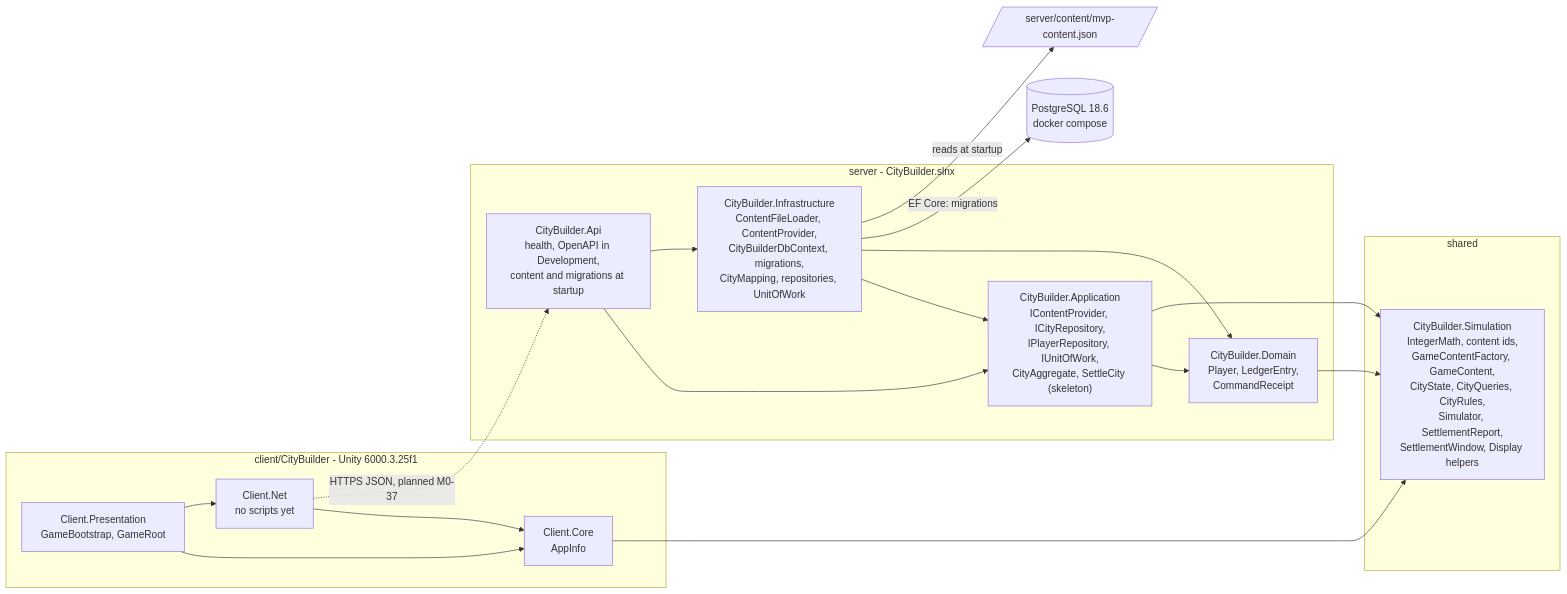
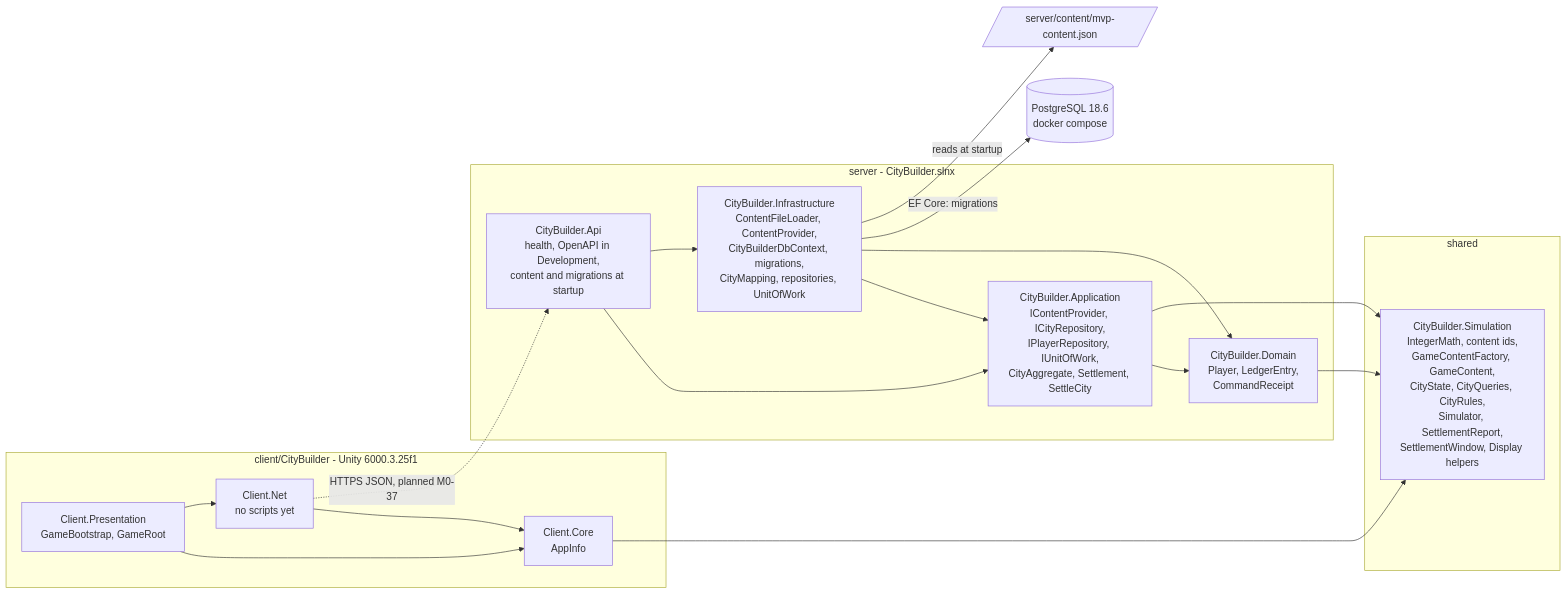
One commit to Samurai-netizen/citybuild changed the diagram in docs/architecture/overview.md. Above: the diagram before and after it, drawn with Mermaid. The commit also changed other lines of this file and 27 other files, not shown here.

````diff
--- a/docs/architecture/overview.md
+++ b/docs/architecture/overview.md
@@ -19,34 +19,34 @@
 ```mermaid
 flowchart LR
   subgraph clientside["client/CityBuilder - Unity 6000.3.25f1"]
     PRES["Client.Presentation<br/>GameBootstrap, GameRoot"]
     NET["Client.Net<br/>no scripts yet"]
     CORE["Client.Core<br/>AppInfo"]
   end
   subgraph sharedside["shared"]
     SIM["CityBuilder.Simulation<br/>IntegerMath, content ids,<br/>GameContentFactory, GameContent,<br/>CityState, CityQueries, CityRules,<br/>Simulator, SettlementReport,<br/>SettlementWindow, Display helpers"]
   end
   subgraph serverside["server - CityBuilder.slnx"]
     API["CityBuilder.Api<br/>health, OpenAPI in Development,<br/>content and migrations at startup"]
     INF["CityBuilder.Infrastructure<br/>ContentFileLoader, ContentProvider,<br/>CityBuilderDbContext, migrations,<br/>CityMapping, repositories, UnitOfWork"]
-    APP["CityBuilder.Application<br/>IContentProvider, ICityRepository,<br/>IPlayerRepository, IUnitOfWork,<br/>CityAggregate, SettleCity (skeleton)"]
+    APP["CityBuilder.Application<br/>IContentProvider, ICityRepository,<br/>IPlayerRepository, IUnitOfWork,<br/>CityAggregate, Settlement, SettleCity"]
     DOM["CityBuilder.Domain<br/>Player, LedgerEntry,<br/>CommandReceipt"]
   end
   DB[("PostgreSQL 18.6<br/>docker compose")]
   FILE[/"server/content/mvp-content.json"/]
   PRES --> CORE
   PRES --> NET
   NET --> CORE
   CORE --> SIM
   API --> APP
   API --> INF
   INF --> APP
   INF --> DOM
   APP --> DOM
   APP --> SIM
   DOM --> SIM
   NET -.->|"HTTPS JSON, planned M0-37"| API
   INF -->|"EF Core: migrations"| DB
   INF -->|"reads at startup"| FILE
   classDef planned stroke-dasharray: 4 4
 ```
````
